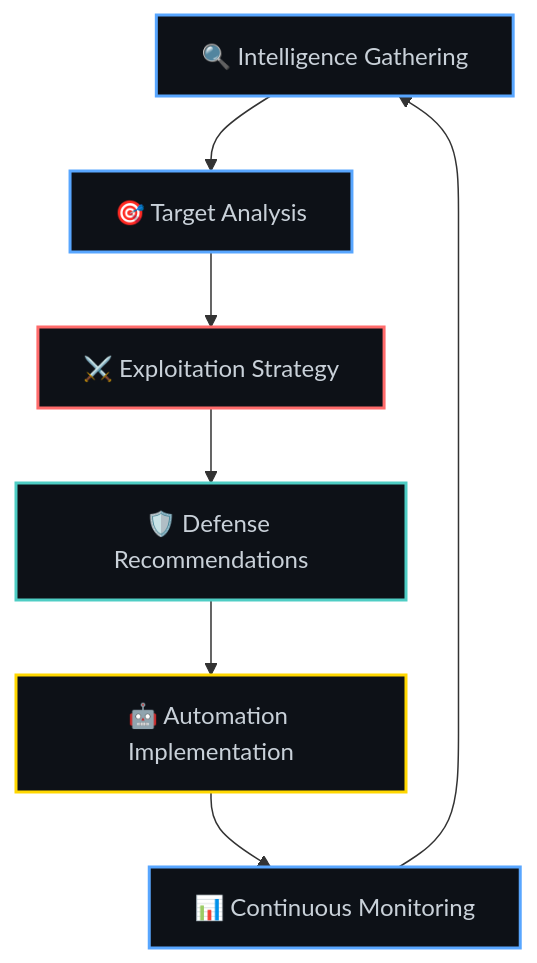
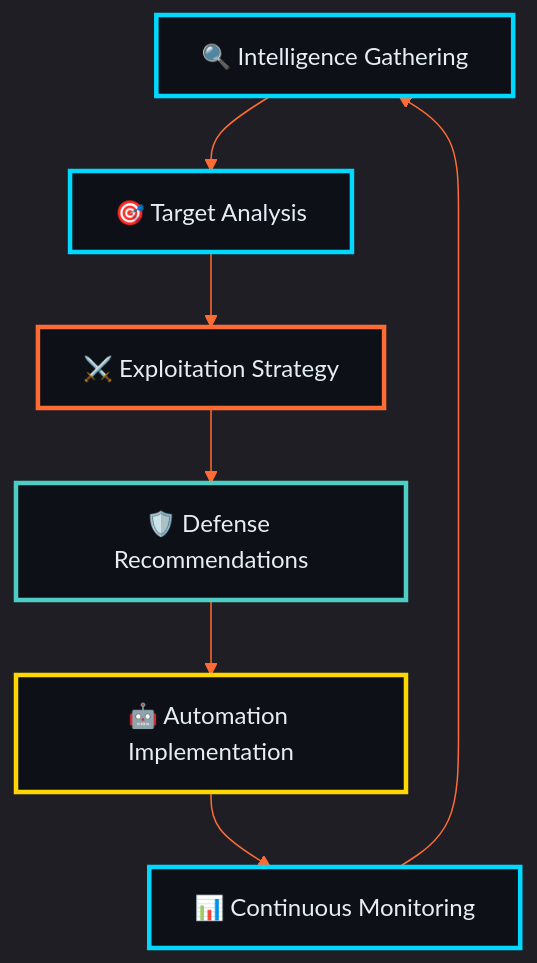
Before and after one commit to 0xb0rn3/0xb0rn3: the diagram in README.md, drawn with Mermaid. The commit also changed other lines of this file, not shown here.

````diff
--- a/README.md
+++ b/README.md
@@ -215,16 +416,17 @@
 ```mermaid
-graph TD
-    A[🔍 Intelligence Gathering] --> B[🎯 Target Analysis]
-    B --> C[⚔️ Exploitation Strategy]
-    C --> D[🛡️ Defense Recommendations]
-    D --> E[🤖 Automation Implementation]
-    E --> F[📊 Continuous Monitoring]
+%%{init: {'theme':'dark', 'themeVariables': { 'primaryColor':'#0D1117', 'primaryTextColor':'#00D9FF', 'primaryBorderColor':'#00D9FF', 'lineColor':'#FF6B35', 'secondaryColor':'#161B22', 'tertiaryColor':'#0D1117', 'edgeLabelBackground':'#0D1117', 'fontFamily':'Fira Code'}}}%%
+graph TB
+    A["🔍 Intelligence Gathering"] --> B["🎯 Target Analysis"]
+    B --> C["⚔️ Exploitation Strategy"]
+    C --> D["🛡️ Defense Recommendations"]
+    D --> E["🤖 Automation Implementation"]
+    E --> F["📊 Continuous Monitoring"]
     F --> A
     
-    style A fill:#0D1117,stroke:#58A6FF,stroke-width:2px,color:#C9D1D9
-    style B fill:#0D1117,stroke:#58A6FF,stroke-width:2px,color:#C9D1D9
-    style C fill:#0D1117,stroke:#FF6B6B,stroke-width:2px,color:#C9D1D9
-    style D fill:#0D1117,stroke:#4ECDC4,stroke-width:2px,color:#C9D1D9
-    style E fill:#0D1117,stroke:#FFD700,stroke-width:2px,color:#C9D1D9
-    style F fill:#0D1117,stroke:#58A6FF,stroke-width:2px,color:#C9D1D9
+    style A fill:#0D1117,stroke:#00D9FF,stroke-width:3px,color:#E6EDF3
+    style B fill:#0D1117,stroke:#00D9FF,stroke-width:3px,color:#E6EDF3
+    style C fill:#0D1117,stroke:#FF6B35,stroke-width:3px,color:#E6EDF3
+    style D fill:#0D1117,stroke:#4ECDC4,stroke-width:3px,color:#E6EDF3
+    style E fill:#0D1117,stroke:#FFD700,stroke-width:3px,color:#E6EDF3
+    style F fill:#0D1117,stroke:#00D9FF,stroke-width:3px,color:#E6EDF3
 ```
````
